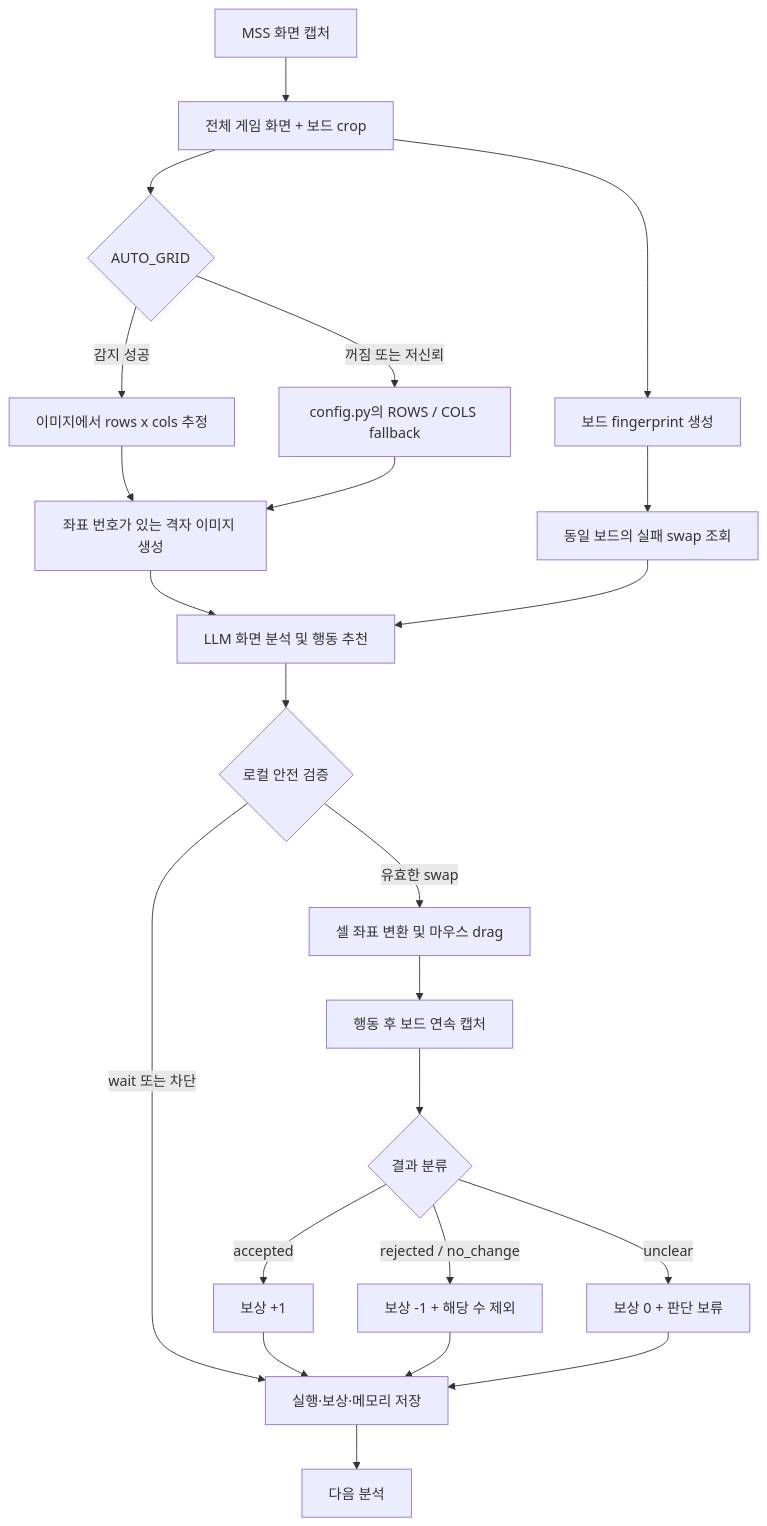
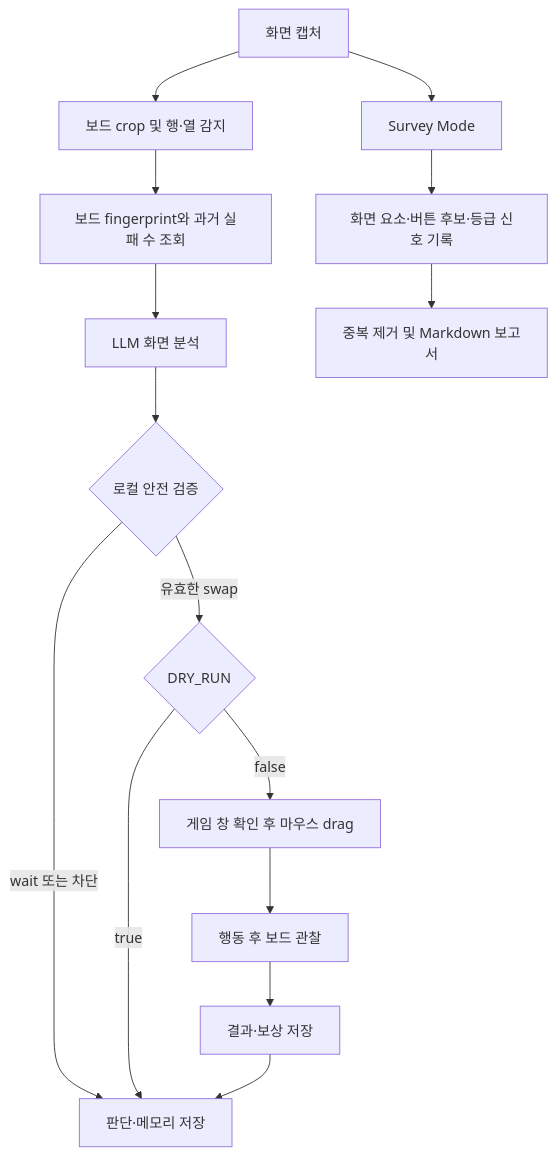
Before and after one commit to IanHa09/SugarCrushSoda_GA: the diagram in README.md, drawn with Mermaid. The commit also changed other lines of this file, not shown here.

````diff
--- a/README.md
+++ b/README.md
@@ -26,25 +23,17 @@
 ```mermaid
 flowchart TD
-    A["MSS 화면 캡처"] --> B["전체 게임 화면 + 보드 crop"]
-    B --> C{"AUTO_GRID"}
-    C -->|감지 성공| D["이미지에서 rows x cols 추정"]
-    C -->|꺼짐 또는 저신뢰| E["config.py의 ROWS / COLS fallback"]
-    D --> F["좌표 번호가 있는 격자 이미지 생성"]
-    E --> F
-    B --> G["보드 fingerprint 생성"]
-    G --> H["동일 보드의 실패 swap 조회"]
-    F --> I["LLM 화면 분석 및 행동 추천"]
-    H --> I
-    I --> J{"로컬 안전 검증"}
-    J -->|wait 또는 차단| K["실행·보상·메모리 저장"]
-    J -->|유효한 swap| L["셀 좌표 변환 및 마우스 drag"]
-    L --> M["행동 후 보드 연속 캡처"]
-    M --> N{"결과 분류"}
-    N -->|accepted| O["보상 +1"]
-    N -->|rejected / no_change| P["보상 -1 + 해당 수 제외"]
-    N -->|unclear| Q["보상 0 + 판단 보류"]
-    O --> K
-    P --> K
-    Q --> K
-    K --> R["다음 분석"]
+    A[화면 캡처] --> B[보드 crop 및 행·열 감지]
+    B --> C[보드 fingerprint와 과거 실패 수 조회]
+    C --> D[LLM 화면 분석]
+    D --> E{로컬 안전 검증}
+    E -->|wait 또는 차단| F[판단·메모리 저장]
+    E -->|유효한 swap| G{DRY_RUN}
+    G -->|true| F
+    G -->|false| H[게임 창 확인 후 마우스 drag]
+    H --> I[행동 후 보드 관찰]
+    I --> J[결과·보상 저장]
+    J --> F
+    A --> K[Survey Mode]
+    K --> L[화면 요소·버튼 후보·등급 신호 기록]
+    L --> M[중복 제거 및 Markdown 보고서]
 ```
````
